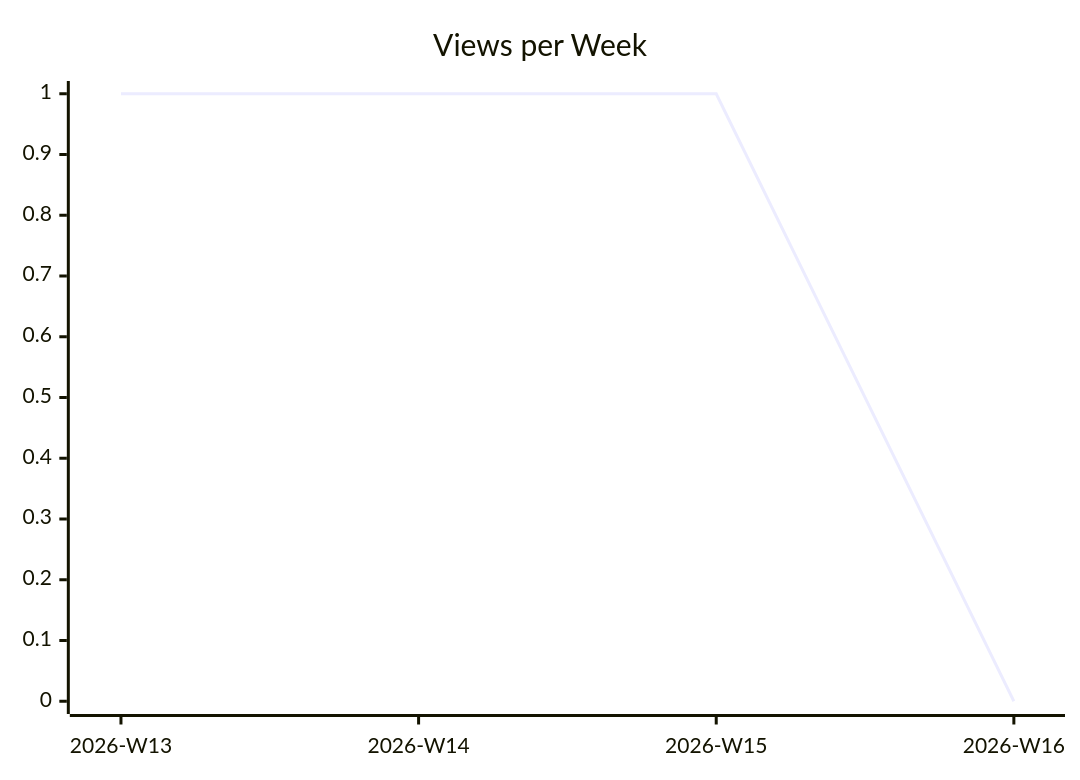
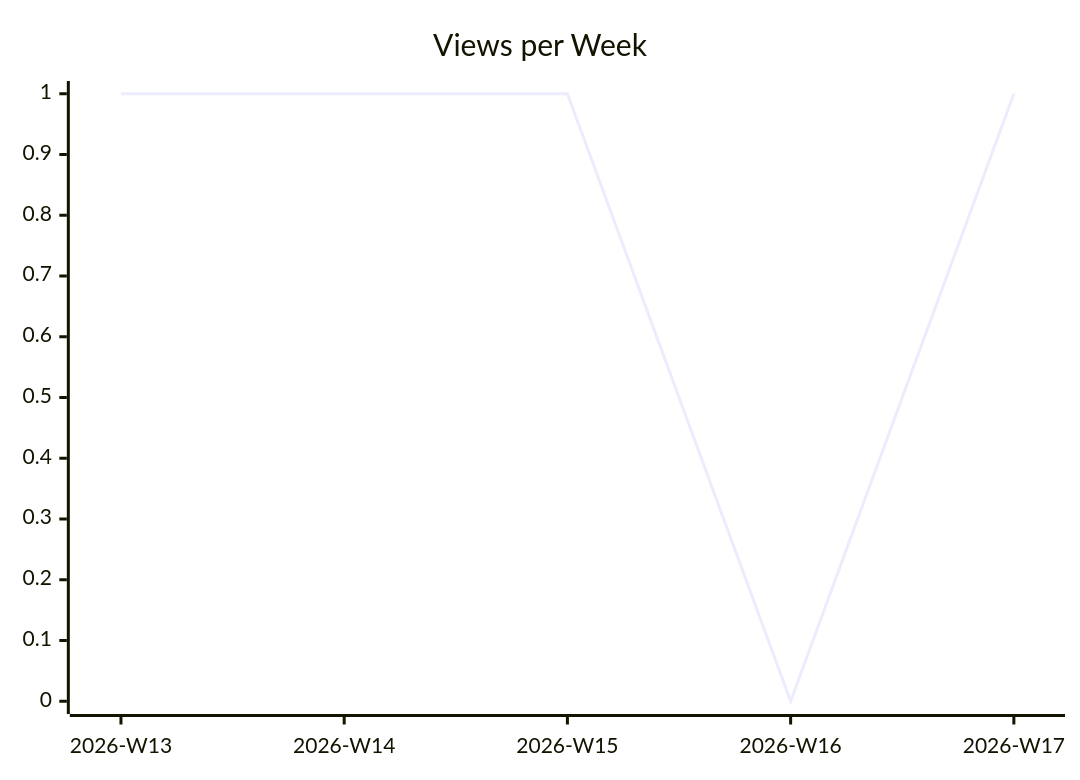
One commit to justdavis-family/github-analytics-data changed the second of 3 diagrams in karlmdavis/ansible-role-jenkins2/README.md. Above: the diagram before and after it, drawn with Mermaid. The commit also changed other lines of this file and 192 other files, not shown here.

````diff
--- a/karlmdavis/ansible-role-jenkins2/README.md
+++ b/karlmdavis/ansible-role-jenkins2/README.md
@@ -12,6 +12,6 @@
 ```mermaid
 xychart-beta
   title "Views per Week"
-  x-axis ["2026-W13", "2026-W14", "2026-W15", "2026-W16"]
-  line [1, 1, 1, 0]
+  x-axis ["2026-W13", "2026-W14", "2026-W15", "2026-W16", "2026-W17"]
+  line [1, 1, 1, 0, 1]
 ```
````
